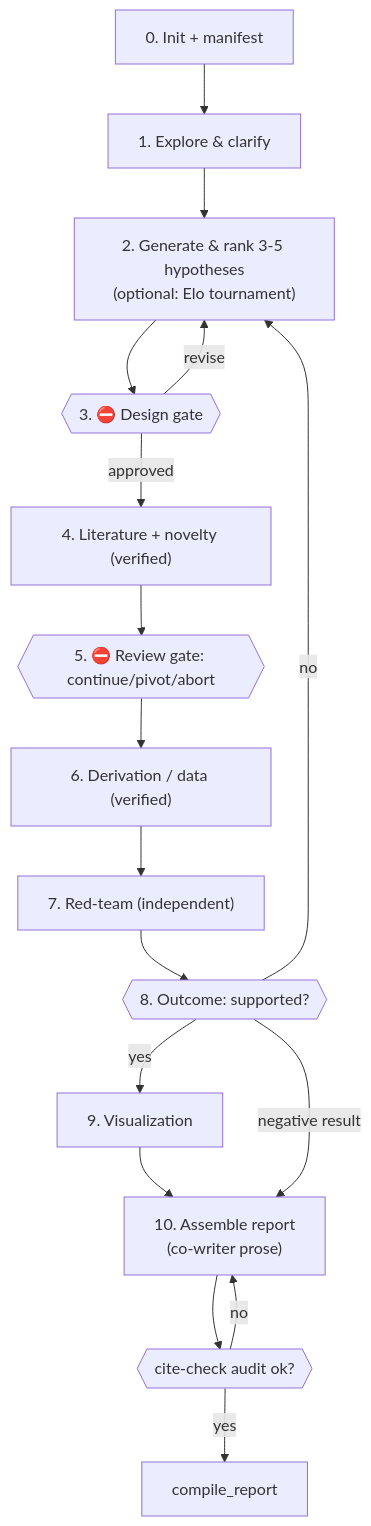
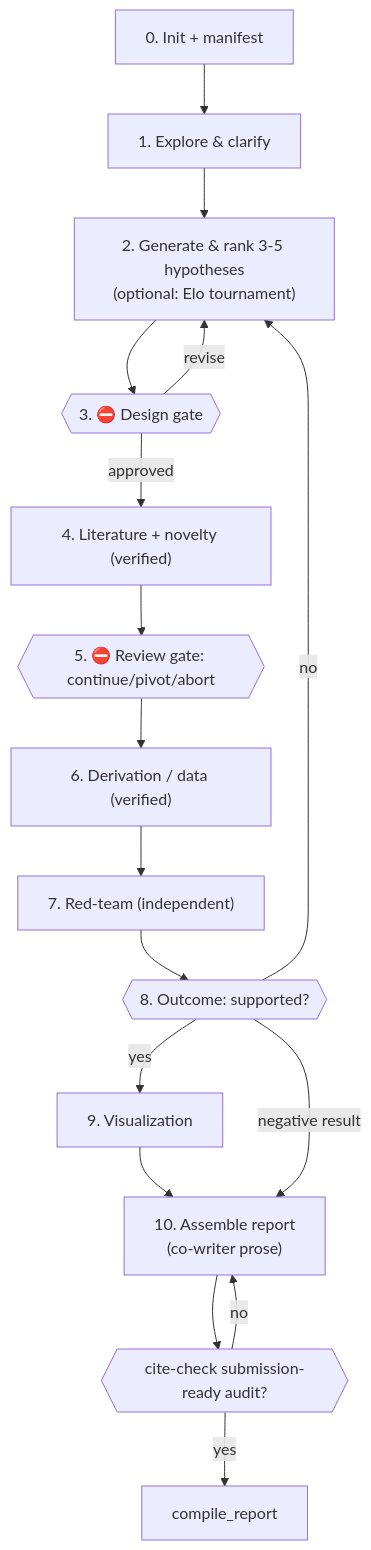
One commit to biprateep/science-skills changed the diagram in skills/co-scientist/SKILL.md. Above: the diagram before and after it, drawn with Mermaid. The commit also changed other lines of this file and 15 other files, not shown here.

Commit message:
Add explicit citation coverage and submission-ready audit policies

````diff
--- a/skills/co-scientist/SKILL.md
+++ b/skills/co-scientist/SKILL.md
@@ -457,19 +460,19 @@
 ```mermaid
 flowchart TD
   init["0. Init + manifest"] --> clarify["1. Explore & clarify"]
   clarify --> rank["2. Generate & rank 3-5 hypotheses<br/>(optional: Elo tournament)"]
   rank --> gate1{{"3. ⛔ Design gate"}}
   gate1 -- revise --> rank
   gate1 -- approved --> lit["4. Literature + novelty (verified)"]
   lit --> gate2{{"5. ⛔ Review gate: continue/pivot/abort"}}
   gate2 --> work["6. Derivation / data (verified)"]
   work --> red["7. Red-team (independent)"]
   red --> decide{{"8. Outcome: supported?"}}
   decide -- no --> rank
   decide -- yes --> viz["9. Visualization"]
   viz --> report["10. Assemble report<br/>(co-writer prose)"]
   decide -- "negative result" --> report
-  report --> audit{{"cite-check audit ok?"}}
+  report --> audit{{"cite-check submission-ready audit?"}}
   audit -- no --> report
   audit -- yes --> compile["compile_report"]
 ```
````
